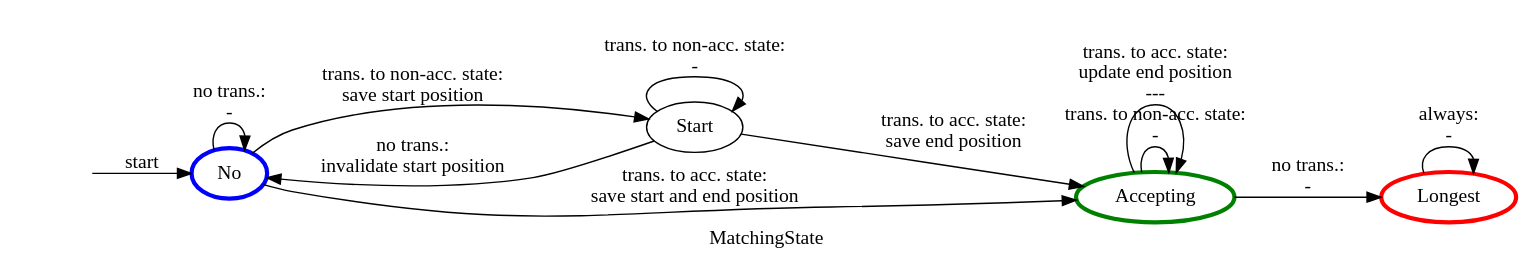
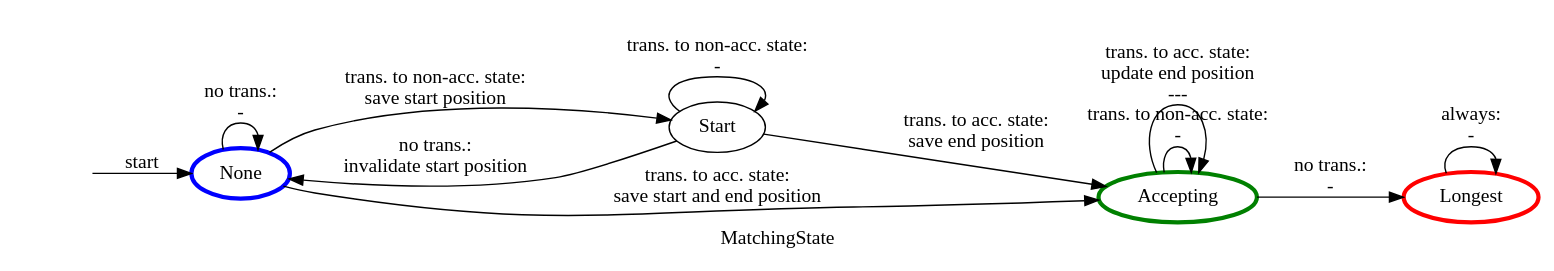
Before and after one commit to jsinger67/scnr: the diagram in src/internal/matching_state.dot, drawn with Graphviz. The commit also changed 7 other files, not shown here.

```diff
--- a/src/internal/matching_state.dot
+++ b/src/internal/matching_state.dot
@@ -1,58 +1,58 @@
 digraph {
     label="MatchingState";
     rankdir="LR";
     node [shape="ellipse"];
     // --------------------------------------------------------
     // Nodes --------------------------------------------------
     // --------------------------------------------------------
     //
     Init [style="invis"];
-    No [color="blue", penwidth=3];
+    None [color="blue", penwidth=3];
     Start;
     Accepting [color="green", penwidth=3];
     Longest [color="red", penwidth=3];
     // --------------------------------------------------------
     // Edges --------------------------------------------------
     // --------------------------------------------------------
     //
     // -------------------------
     // Init
     // -------------------------
-    // Unconditionals switch to the No state.
-    Init -> No [label="start"];
+    // Unconditionals switch to the None state.
+    Init -> None [label="start"];
     // -------------------------
-    // No
+    // None
     // -------------------------
-    // No transitions found, the automaton stays in the No state.
-    No -> No [label="no trans.:\n-"];
+    // None transitions found, the automaton stays in the None state.
+    None -> None [label="no trans.:\n-"];
     // The automaton found a transition and moves to the Start state and records the start position.
-    No -> Start [label="trans. to non-acc. state:\nsave start position"];
+    None -> Start [label="trans. to non-acc. state:\nsave start position"];
     // The automaton found a transition to an accepting, moves to the Accepting state and records
     // the start and end positions.
-    No -> Accepting [label="trans. to acc. state:\nsave start and end position"];
+    None -> Accepting [label="trans. to acc. state:\nsave start and end position"];
     // -------------------------
     // Start
     // -------------------------
     // The automaton aborts the current match and starts a new one.
-    Start -> No [label="no trans.:\ninvalidate start position"];
+    Start -> None [label="no trans.:\ninvalidate start position"];
     // The automaton found a transition to a non-accepting state and stays in the Start state.
     Start -> Start [label="trans. to non-acc. state:\n-"];
     // The automaton found an accepting transition and moves to the Accepting state and records the
     // end position.
     Start -> Accepting [label="trans. to acc. state:\nsave end position"];
     // -------------------------
     // Accepting
     // -------------------------
     // The atomaton aborts the search for a longer match and retains the last recorded end position.
     Accepting -> Longest [label="no trans.:\n-"];
     // The automaton stays in the Accepting state and does not change the end position.
     // It looks for a longer match as long as transitions exist.
     Accepting -> Accepting [label="trans. to non-acc. state:\n-"];
     // The automaton stays in the Accepting state and updates the end position.
     Accepting -> Accepting [label="trans. to acc. state:\nupdate end position\n---"];
     // -------------------------
     // Longest
     // -------------------------
     // The automaton stays in the Longest state and does not change the end position.
     Longest -> Longest [label="always:\n-"];
 }
```
